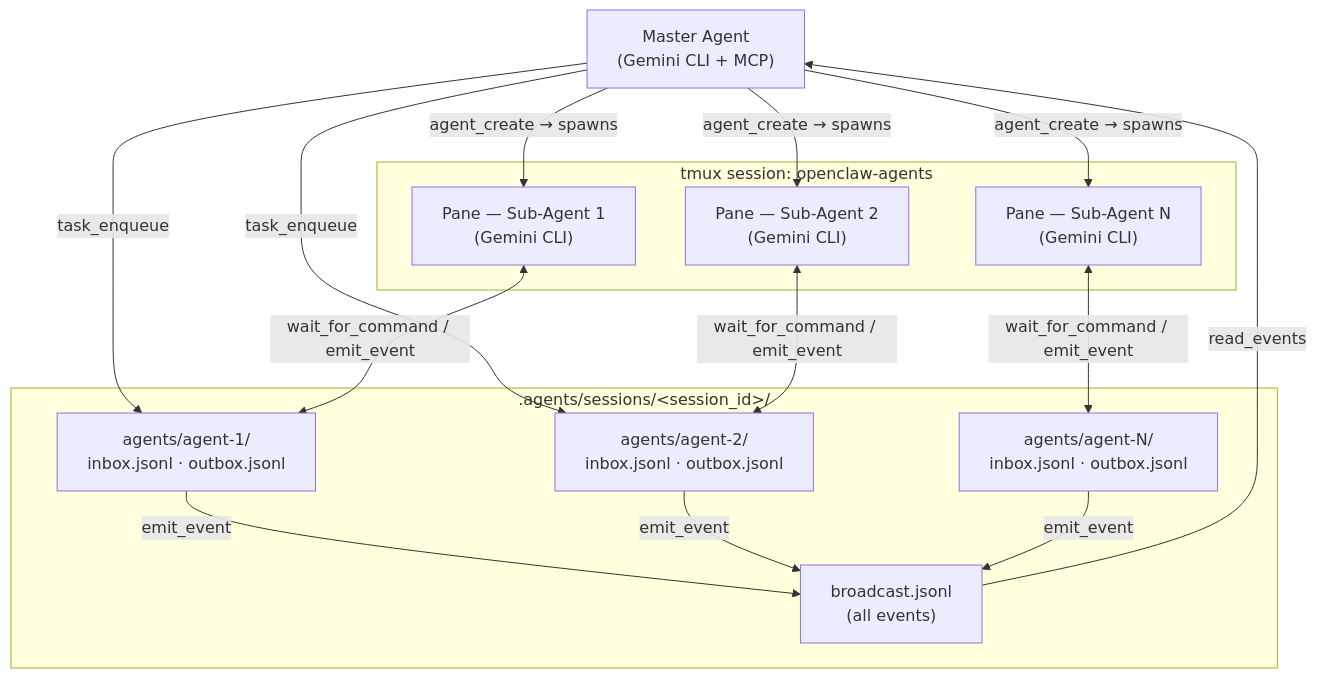
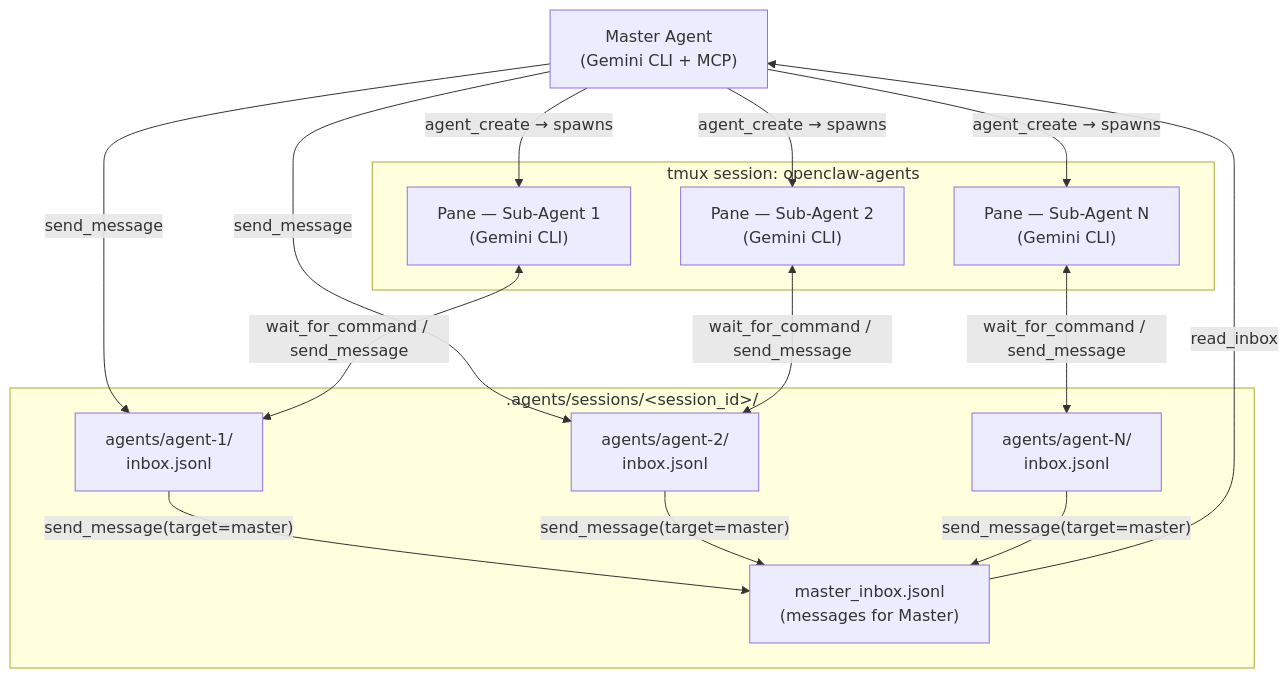
Before and after one commit to kkweon/agent-orchestrator-mcp: the second of 3 diagrams in README.md, drawn with Mermaid. The commit also changed other lines of this file and 1 other file, not shown here.

Commit message:
docs: update README and CLAUDE.md with Actor model diagrams and tool specs

````diff
--- a/README.md
+++ b/README.md
@@ -48,34 +48,34 @@
 ```mermaid
 graph TD
     Master["Master Agent<br/>(Gemini CLI + MCP)"]
 
     subgraph Tmux["tmux session: openclaw-agents"]
         P1["Pane — Sub-Agent 1<br/>(Gemini CLI)"]
         P2["Pane — Sub-Agent 2<br/>(Gemini CLI)"]
         PN["Pane — Sub-Agent N<br/>(Gemini CLI)"]
     end
 
     subgraph FS[".agents/sessions/&lt;session_id&gt;/"]
-        BC["broadcast.jsonl<br/>(all events)"]
-        D1["agents/agent-1/<br/>inbox.jsonl · outbox.jsonl"]
-        D2["agents/agent-2/<br/>inbox.jsonl · outbox.jsonl"]
-        DN["agents/agent-N/<br/>inbox.jsonl · outbox.jsonl"]
+        MI["master_inbox.jsonl<br/>(messages for Master)"]
+        D1["agents/agent-1/<br/>inbox.jsonl"]
+        D2["agents/agent-2/<br/>inbox.jsonl"]
+        DN["agents/agent-N/<br/>inbox.jsonl"]
     end
 
     Master -->|"agent_create → spawns"| P1
     Master -->|"agent_create → spawns"| P2
     Master -->|"agent_create → spawns"| PN
 
-    Master -->|"task_enqueue"| D1
-    Master -->|"task_enqueue"| D2
+    Master -->|"send_message"| D1
+    Master -->|"send_message"| D2
 
-    P1 <-->|"wait_for_command / emit_event"| D1
-    P2 <-->|"wait_for_command / emit_event"| D2
-    PN <-->|"wait_for_command / emit_event"| DN
+    P1 <-->|"wait_for_command / send_message"| D1
+    P2 <-->|"wait_for_command / send_message"| D2
+    PN <-->|"wait_for_command / send_message"| DN
 
-    D1 -->|"emit_event"| BC
-    D2 -->|"emit_event"| BC
-    DN -->|"emit_event"| BC
+    D1 -->|"send_message(target=master)"| MI
+    D2 -->|"send_message(target=master)"| MI
+    DN -->|"send_message(target=master)"| MI
 
-    BC -->|"read_events"| Master
+    MI -->|"read_inbox"| Master
 ```
````
